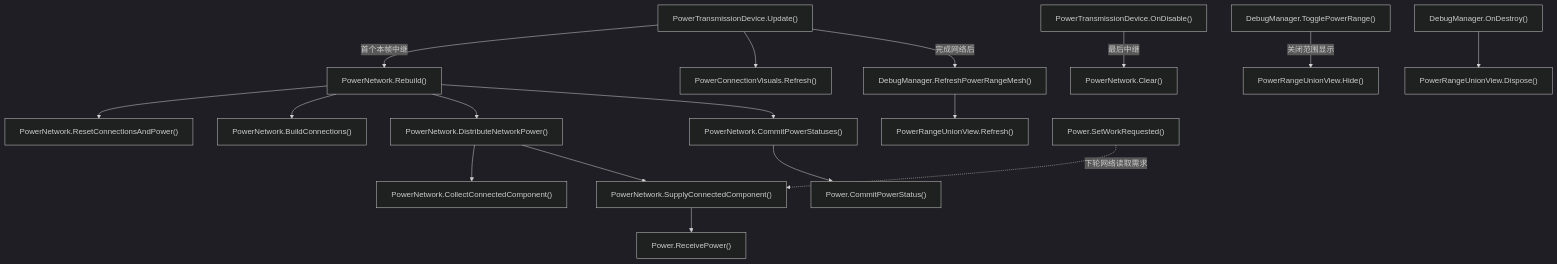
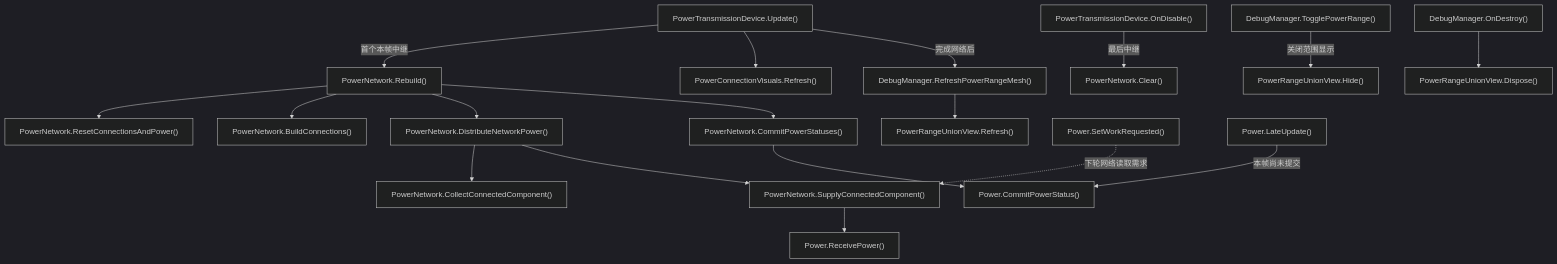
The fourth of 9 diagrams in Docs/RuntimeFlow.md (kukudia/HY-Sandbox), drawn with Mermaid (dark theme) before and after one commit. The commit also changed other lines of this file and 8 other files, not shown here.

````diff
--- a/Docs/RuntimeFlow.md
+++ b/Docs/RuntimeFlow.md
@@ -282,59 +282,62 @@
 ```mermaid
 flowchart TD
     A["PowerTransmissionDevice.Update()"]
     click A "../Assets/Scripts/Features/Power/PowerTransmissionDevice.cs#L61" "打开源码"
     B["PowerNetwork.Rebuild()"]
     click B "../Assets/Scripts/Features/Power/PowerNetwork.cs#L21" "打开源码"
     C["PowerNetwork.ResetConnectionsAndPower()"]
     click C "../Assets/Scripts/Features/Power/PowerNetwork.cs#L88" "打开源码"
     D["PowerNetwork.BuildConnections()"]
     click D "../Assets/Scripts/Features/Power/PowerNetwork.cs#L108" "打开源码"
     E["PowerNetwork.DistributeNetworkPower()"]
     click E "../Assets/Scripts/Features/Power/PowerNetwork.cs#L140" "打开源码"
     F["PowerNetwork.CollectConnectedComponent()"]
     click F "../Assets/Scripts/Features/Power/PowerNetwork.cs#L153" "打开源码"
     G["PowerNetwork.SupplyConnectedComponent()"]
     click G "../Assets/Scripts/Features/Power/PowerNetwork.cs#L200" "打开源码"
     H["PowerNetwork.CommitPowerStatuses()"]
     click H "../Assets/Scripts/Features/Power/PowerNetwork.cs#L237" "打开源码"
     I["Power.CommitPowerStatus()"]
-    click I "../Assets/Scripts/Features/Power/Power.cs#L95" "打开源码"
+    click I "../Assets/Scripts/Features/Power/Power.cs#L111" "打开源码"
     J["PowerConnectionVisuals.Refresh()"]
     click J "../Assets/Scripts/Features/Power/PowerConnectionVisuals.cs#L19" "打开源码"
     K["PowerTransmissionDevice.OnDisable()"]
     click K "../Assets/Scripts/Features/Power/PowerTransmissionDevice.cs#L74" "打开源码"
     L["PowerNetwork.Clear()"]
     click L "../Assets/Scripts/Features/Power/PowerNetwork.cs#L34" "打开源码"
     M["DebugManager.RefreshPowerRangeMesh()"]
     click M "../Assets/Scripts/Features/Diagnostics/DebugManager.cs#L132" "打开源码"
     N["PowerRangeUnionView.Refresh()"]
     click N "../Assets/Scripts/Features/Power/PowerRangeUnionView.cs#L36" "打开源码"
     O["DebugManager.TogglePowerRange()"]
     click O "../Assets/Scripts/Features/Diagnostics/DebugManager.cs#L74" "打开源码"
     P["PowerRangeUnionView.Hide()"]
     click P "../Assets/Scripts/Features/Power/PowerRangeUnionView.cs#L66" "打开源码"
     Q["DebugManager.OnDestroy()"]
     click Q "../Assets/Scripts/Features/Diagnostics/DebugManager.cs#L50" "打开源码"
     R["PowerRangeUnionView.Dispose()"]
     click R "../Assets/Scripts/Features/Power/PowerRangeUnionView.cs#L79" "打开源码"
     S["Power.SetWorkRequested()"]
-    click S "../Assets/Scripts/Features/Power/Power.cs#L59" "打开源码"
+    click S "../Assets/Scripts/Features/Power/Power.cs#L74" "打开源码"
     T["Power.ReceivePower()"]
-    click T "../Assets/Scripts/Features/Power/Power.cs#L90" "打开源码"
+    click T "../Assets/Scripts/Features/Power/Power.cs#L106" "打开源码"
+    U["Power.LateUpdate()"]
+    click U "../Assets/Scripts/Features/Power/Power.cs#L64" "打开源码"
     A -->|首个本帧中继| B
     B --> C
     B --> D
     B --> E
     E --> F
     E --> G
     S -.->|下轮网络读取需求| G
     G --> T
     B --> H
     H --> I
+    U -->|本帧尚未提交| I
     A --> J
     K -->|最后中继| L
     A -->|完成网络后| M
     M --> N
     O -->|关闭范围显示| P
     Q --> R
 ```
````
